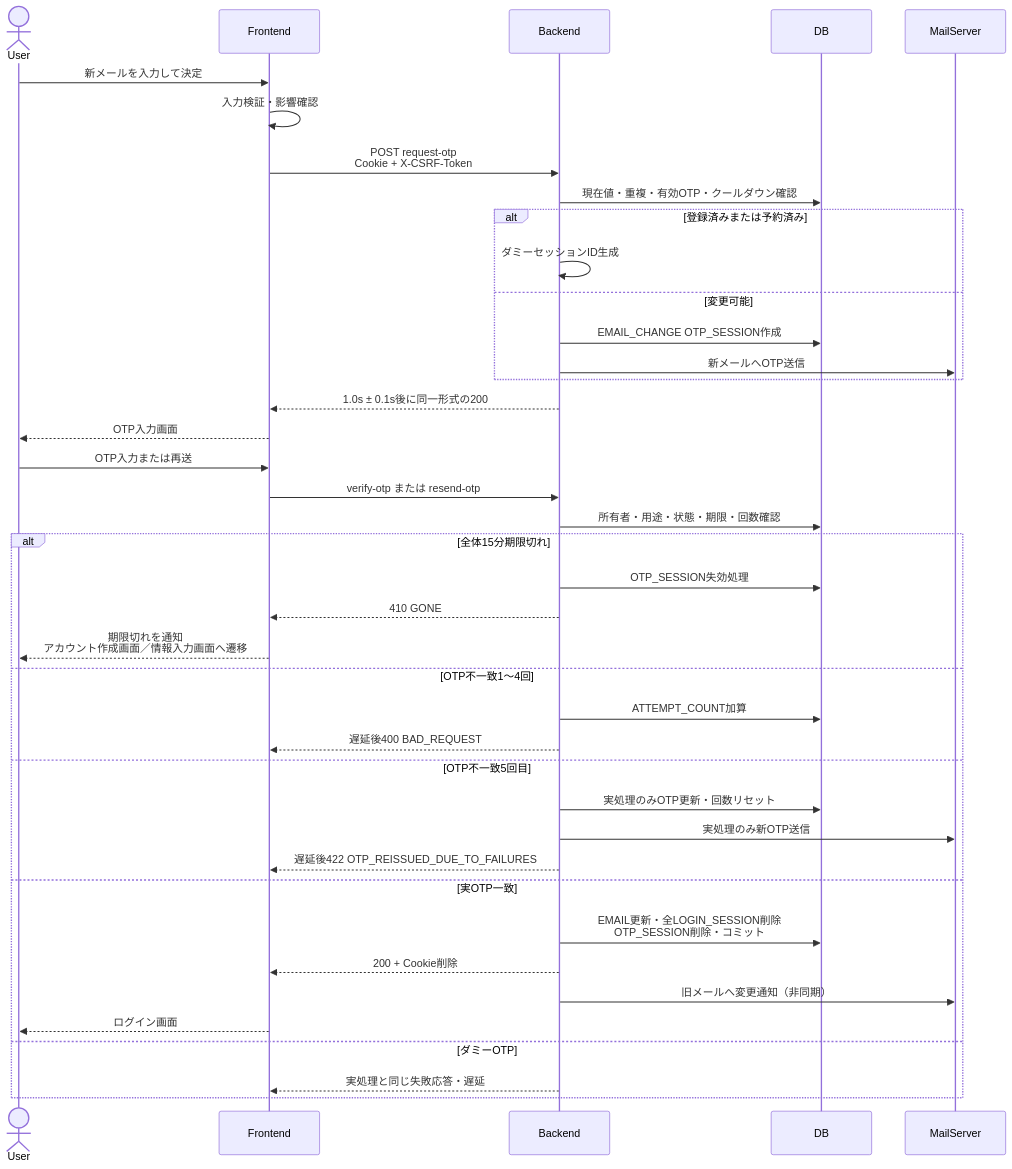
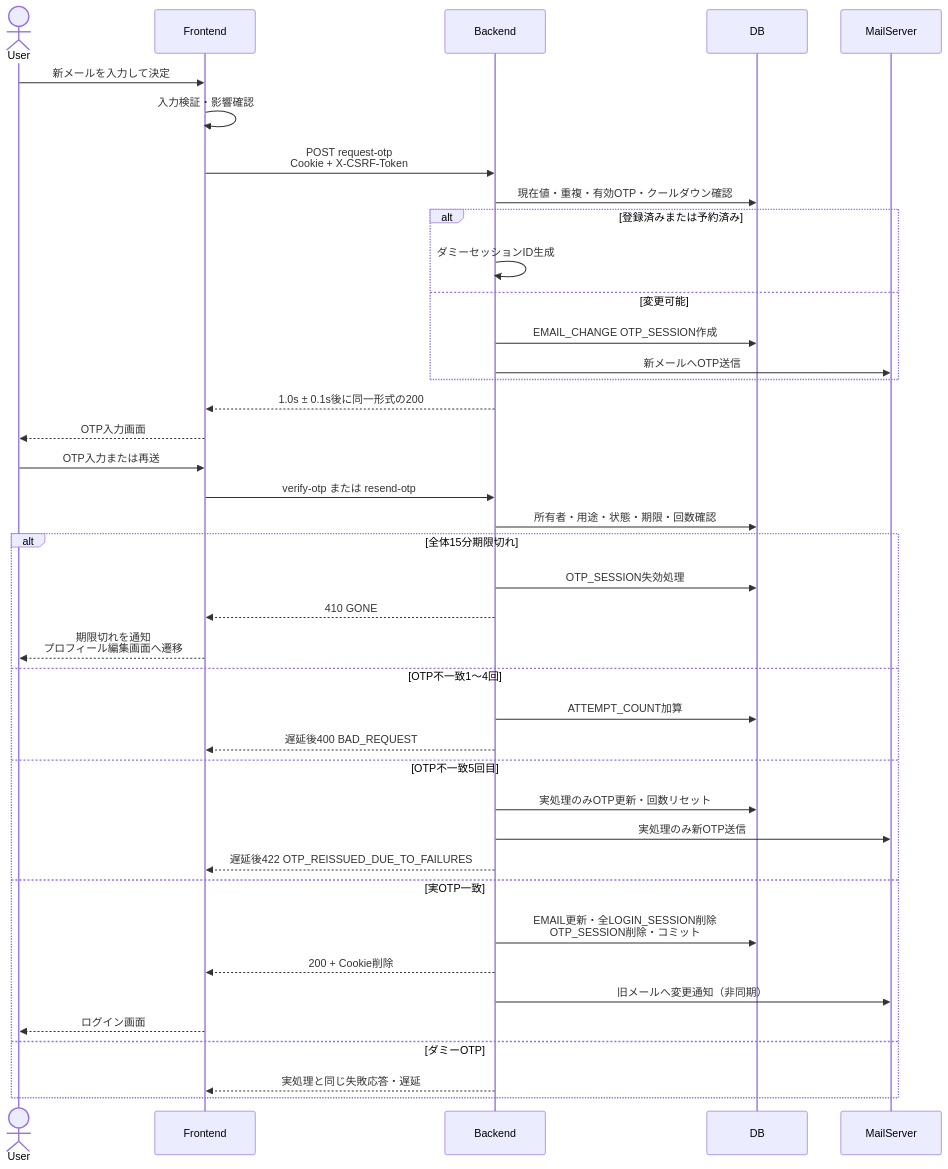
The second of 2 diagrams in docs/design/process_design/02_account_edit.md (TUS-TI-dev-team/SyncTask), drawn with Mermaid before and after one commit. The commit also changed other lines of this file and 8 other files, not shown here.

````diff
--- a/docs/design/process_design/02_account_edit.md
+++ b/docs/design/process_design/02_account_edit.md
@@ -98,42 +101,42 @@
 ```mermaid
 sequenceDiagram
     actor User
     participant Frontend
     participant Backend
     participant DB
     participant MailServer
     User->>Frontend: 新メールを入力して決定
     Frontend->>Frontend: 入力検証・影響確認
     Frontend->>Backend: POST request-otp<br/>Cookie + X-CSRF-Token
     Backend->>DB: 現在値・重複・有効OTP・クールダウン確認
     alt 登録済みまたは予約済み
         Backend->>Backend: ダミーセッションID生成
     else 変更可能
         Backend->>DB: EMAIL_CHANGE OTP_SESSION作成
         Backend->>MailServer: 新メールへOTP送信
     end
     Backend-->>Frontend: 1.0s ± 0.1s後に同一形式の200
     Frontend-->>User: OTP入力画面
     User->>Frontend: OTP入力または再送
     Frontend->>Backend: verify-otp または resend-otp
     Backend->>DB: 所有者・用途・状態・期限・回数確認
     alt 全体15分期限切れ
         Backend->>DB: OTP_SESSION失効処理
         Backend-->>Frontend: 410 GONE
-        Frontend-->>User: 期限切れを通知<br/>アカウント作成画面／情報入力画面へ遷移
+        Frontend-->>User: 期限切れを通知<br/>プロフィール編集画面へ遷移
     else OTP不一致1〜4回
         Backend->>DB: ATTEMPT_COUNT加算
         Backend-->>Frontend: 遅延後400 BAD_REQUEST
     else OTP不一致5回目
         Backend->>DB: 実処理のみOTP更新・回数リセット
         Backend->>MailServer: 実処理のみ新OTP送信
         Backend-->>Frontend: 遅延後422 OTP_REISSUED_DUE_TO_FAILURES
     else 実OTP一致
         Backend->>DB: EMAIL更新・全LOGIN_SESSION削除<br/>OTP_SESSION削除・コミット
         Backend-->>Frontend: 200 + Cookie削除
         Backend->>MailServer: 旧メールへ変更通知（非同期）
         Frontend-->>User: ログイン画面
     else ダミーOTP
         Backend-->>Frontend: 実処理と同じ失敗応答・遅延
     end
 ```
````
